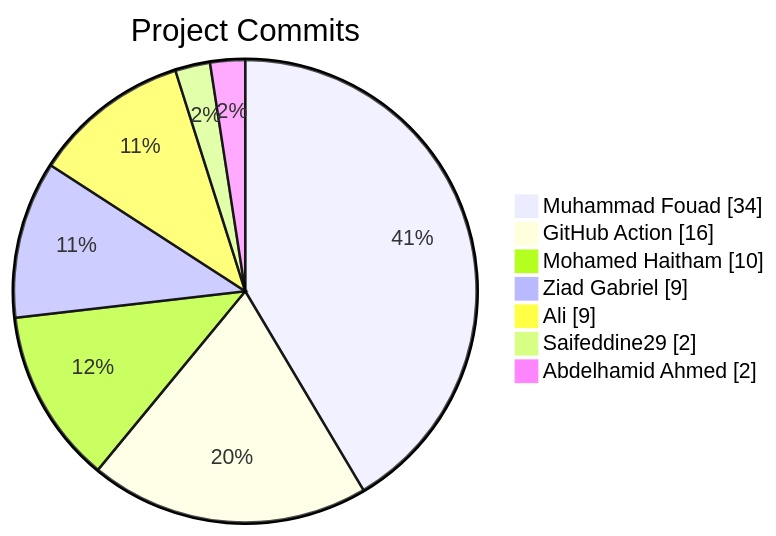
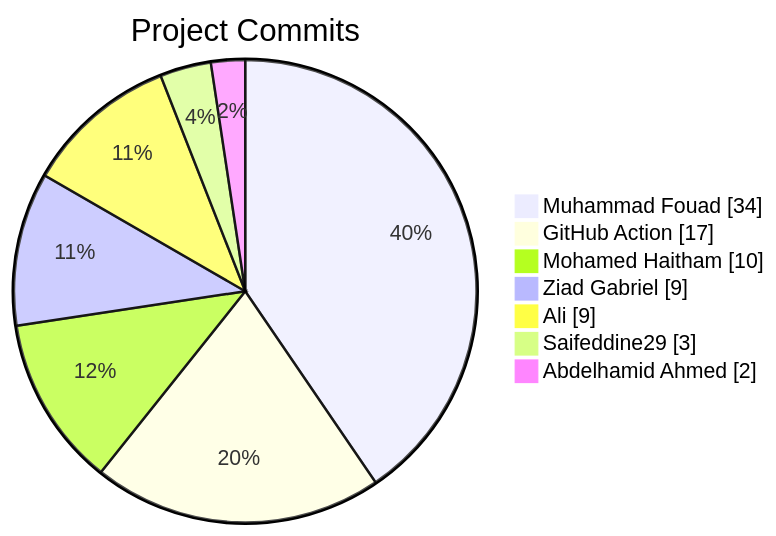
The diagram in README.md (Abdelhamid-El-rashidy/Library_System), drawn with Mermaid before and after one commit.

Commit message:
docs: update contributor stats [skip ci]

````diff
--- a/README.md
+++ b/README.md
@@ -11,11 +11,11 @@
 ```mermaid
 pie showData
     title Project Commits
     "Muhammad Fouad" : 34
-    "GitHub Action" : 16
+    "GitHub Action" : 17
     "Mohamed Haitham" : 10
     "Ziad Gabriel" : 9
     "Ali" : 9
-    "Saifeddine29" : 2
+    "Saifeddine29" : 3
     "Abdelhamid Ahmed" : 2
 ```
````
